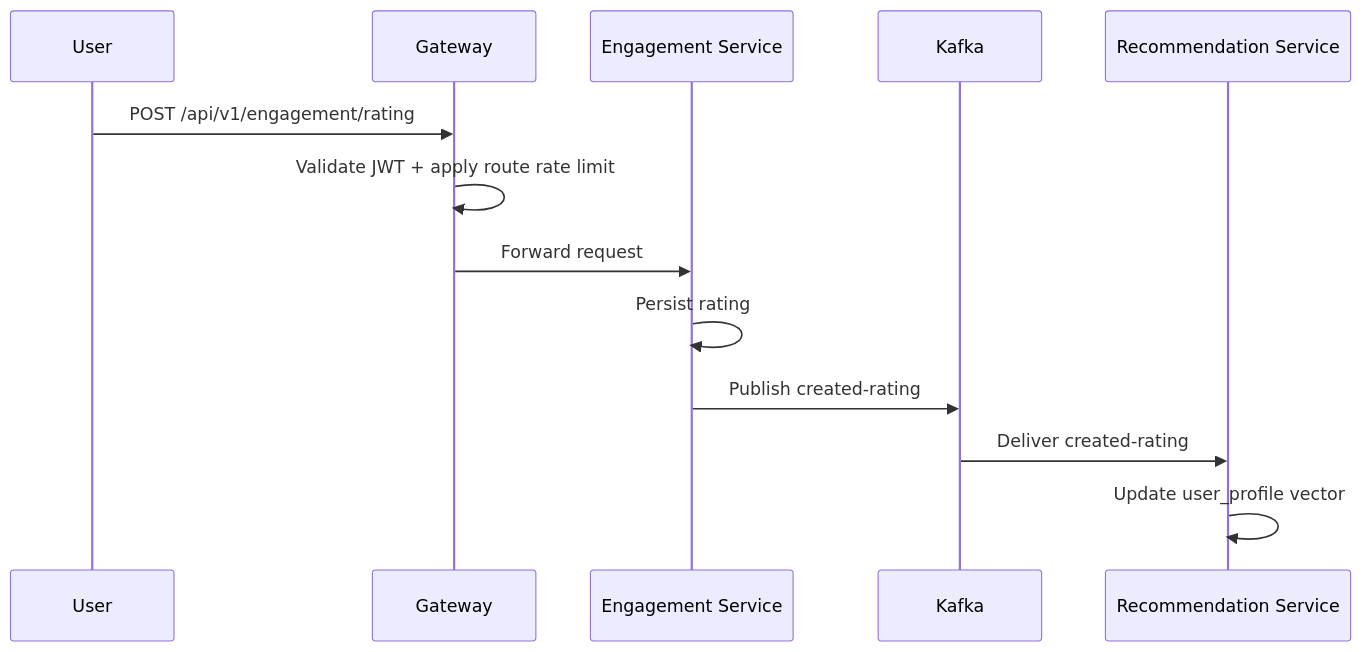
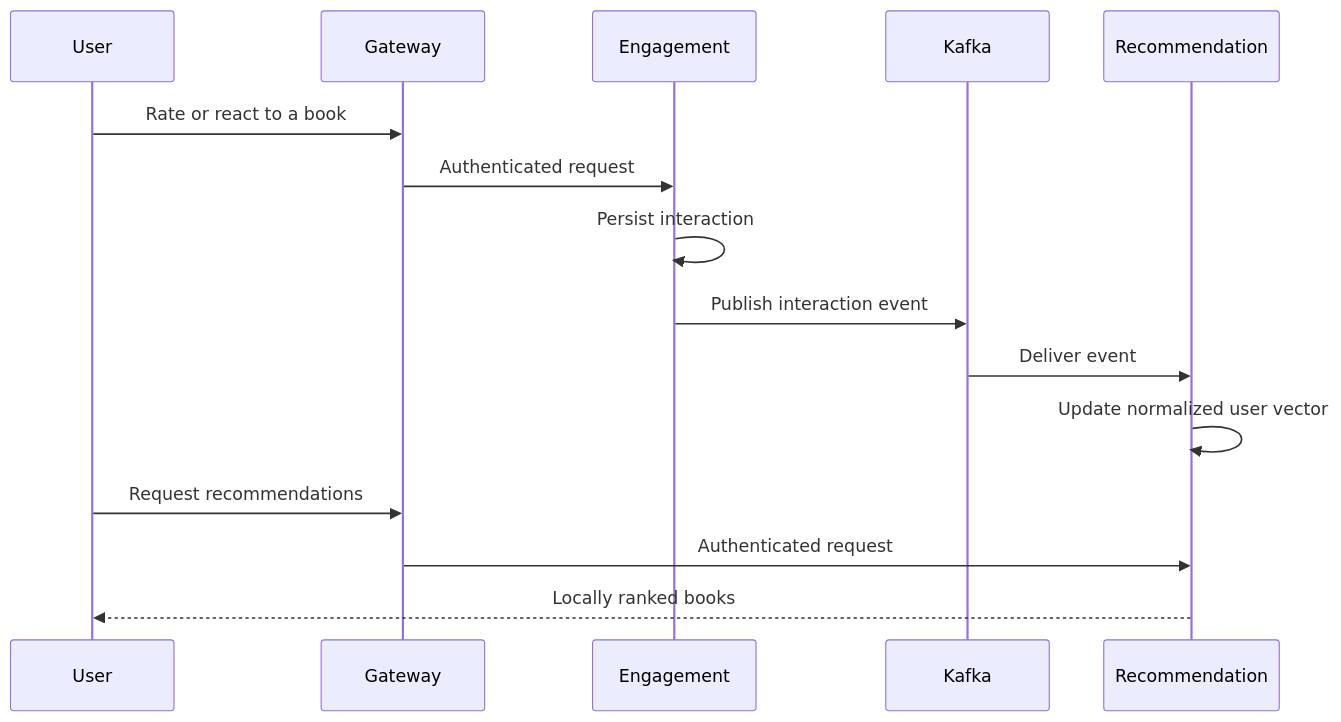
One commit to Luca5Eckert/VellumHub changed the second of 2 diagrams in README.md. Above: the diagram before and after it, drawn with Mermaid. The commit also changed other lines of this file, not shown here.

````diff
--- a/README.md
+++ b/README.md
@@ -182,16 +116,18 @@
 ```mermaid
 sequenceDiagram
     participant U as User
     participant G as Gateway
-    participant E as Engagement Service
+    participant E as Engagement
     participant K as Kafka
-    participant R as Recommendation Service
+    participant R as Recommendation
 
-    U->>G: POST /api/v1/engagement/rating
-    G->>G: Validate JWT + apply route rate limit
-    G->>E: Forward request
-    E->>E: Persist rating
-    E->>K: Publish created-rating
-    K->>R: Deliver created-rating
-    R->>R: Update user_profile vector
+    U->>G: Rate or react to a book
+    G->>E: Authenticated request
+    E->>E: Persist interaction
+    E->>K: Publish interaction event
+    K->>R: Deliver event
+    R->>R: Update normalized user vector
+    U->>G: Request recommendations
+    G->>R: Authenticated request
+    R-->>U: Locally ranked books
 ```
````
